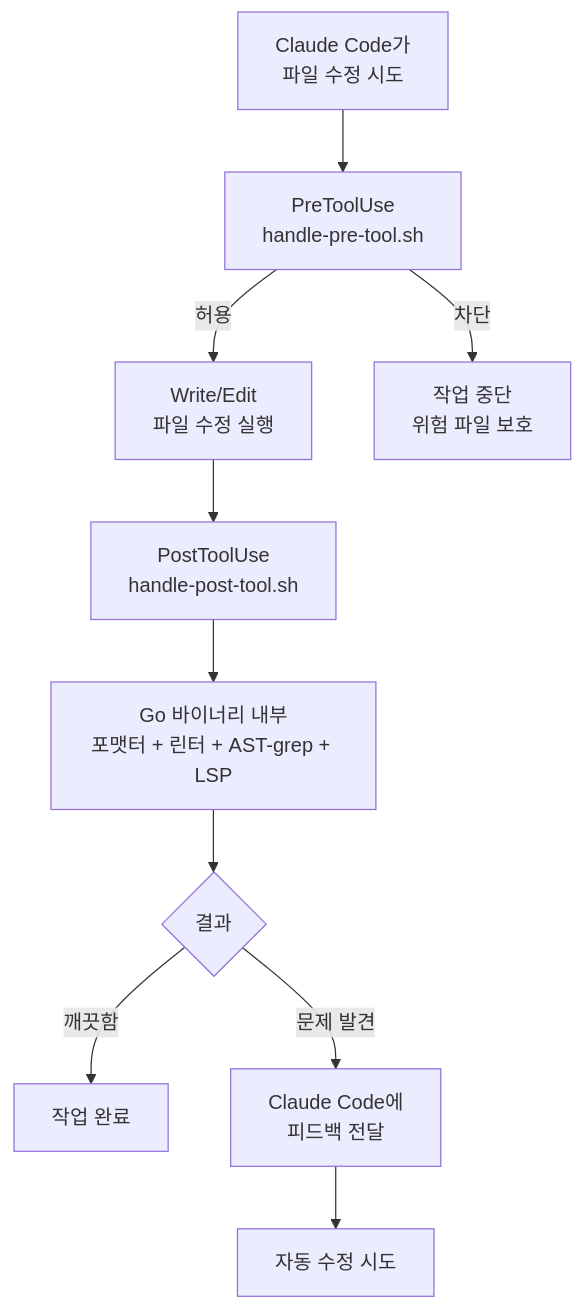
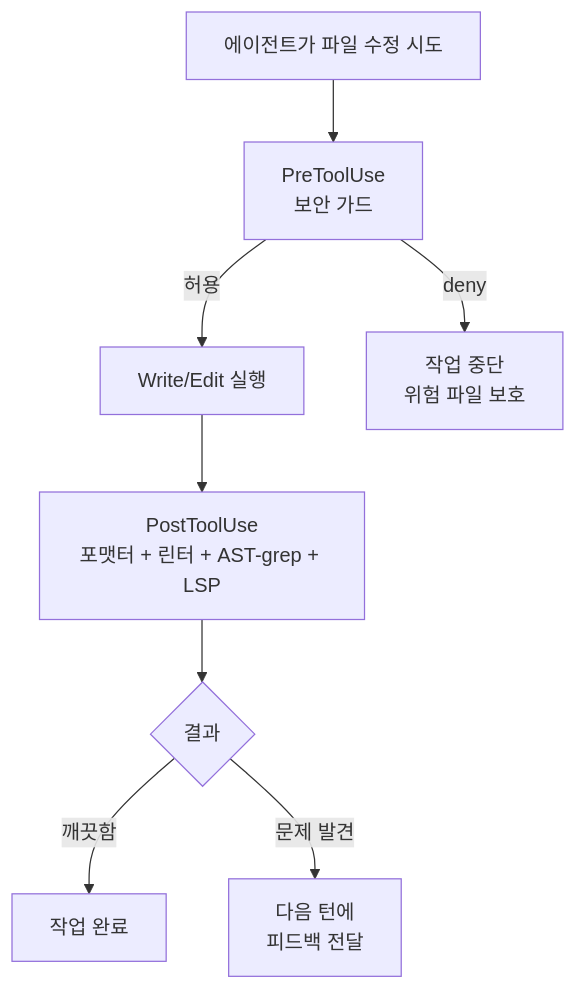
One commit to modu-ai/moai-adk changed the second of 2 diagrams in docs-site/content/ko/advanced/hooks-guide.md. Above: the diagram before and after it, drawn with Mermaid. The commit also changed other lines of this file and 14 other files, not shown here.

````diff
--- a/docs-site/content/ko/advanced/hooks-guide.md
+++ b/docs-site/content/ko/advanced/hooks-guide.md
@@ -151,15 +146,10 @@
 ```mermaid
 flowchart TD
-    A["Claude Code가<br>파일 수정 시도"] --> B["PreToolUse<br>handle-pre-tool.sh"]
-
-    B -->|허용| C["Write/Edit<br>파일 수정 실행"]
-    B -->|차단| BLOCK["작업 중단<br>위험 파일 보호"]
-
-    C --> D["PostToolUse<br>handle-post-tool.sh"]
-    D --> D1["Go 바이너리 내부<br>포맷터 + 린터 + AST-grep + LSP"]
-
-    D1 --> H{결과}
-    H -->|깨끗함| I["작업 완료"]
-    H -->|문제 발견| J["Claude Code에<br>피드백 전달"]
-    J --> K["자동 수정 시도"]
+    A["에이전트가 파일 수정 시도"] --> B["PreToolUse<br/>보안 가드"]
+    B -->|허용| C["Write/Edit 실행"]
+    B -->|deny| F["작업 중단<br/>위험 파일 보호"]
+    C --> D["PostToolUse<br/>포맷터 + 린터 + AST-grep + LSP"]
+    D --> R{"결과"}
+    R -->|깨끗함| E["작업 완료"]
+    R -->|문제 발견| G["다음 턴에<br/>피드백 전달"]
 ```
````
